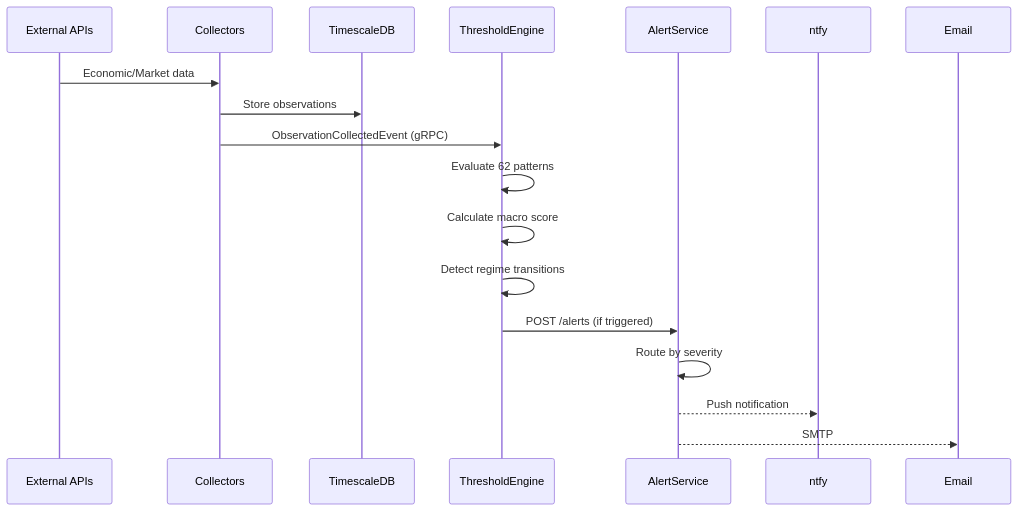
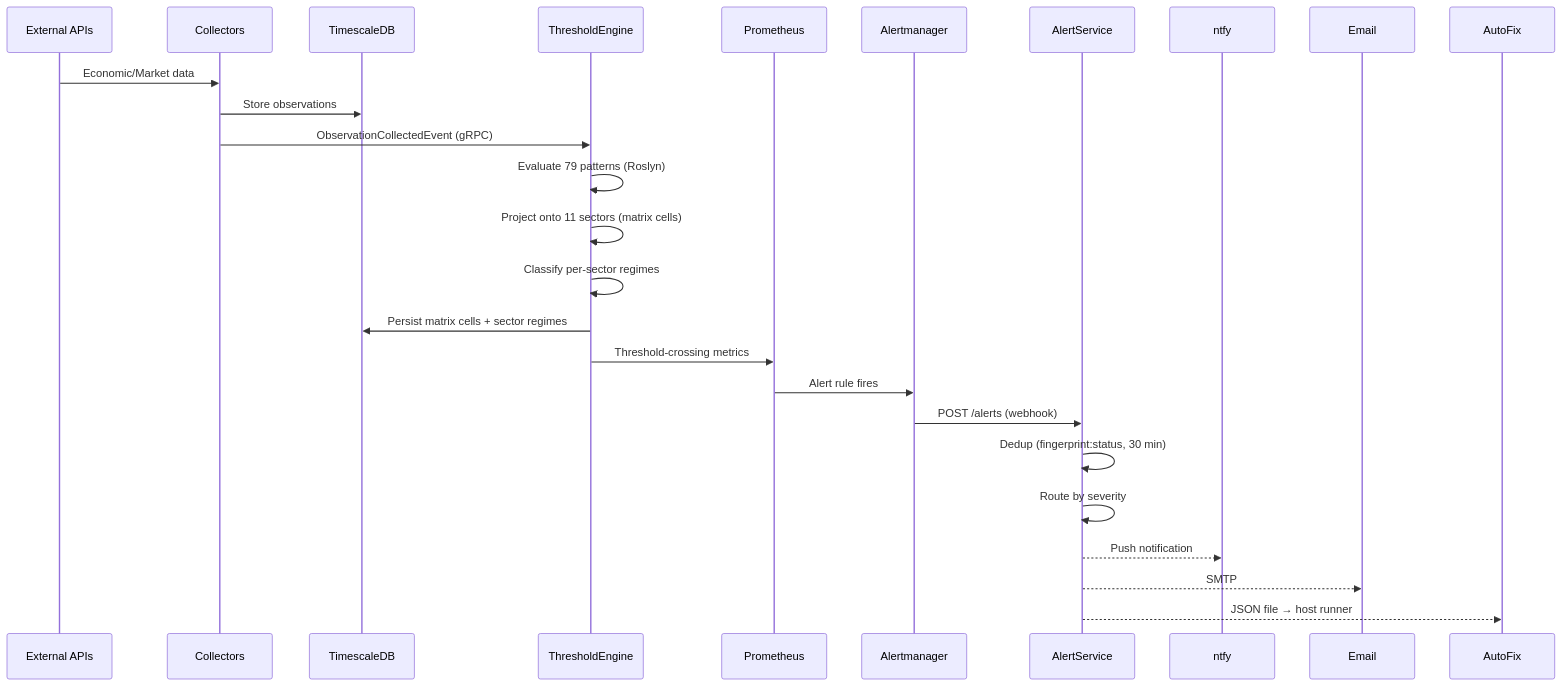
The second of 5 diagrams in docs/ARCHITECTURE.md (jpansarasa/ATLAS-Docs), drawn with Mermaid before and after one commit. The commit also changed other lines of this file, not shown here.

````diff
--- a/docs/ARCHITECTURE.md
+++ b/docs/ARCHITECTURE.md
@@ -153,19 +214,26 @@
 ```mermaid
 sequenceDiagram
     participant APIs as External APIs
     participant COL as Collectors
     participant DB as TimescaleDB
     participant TE as ThresholdEngine
+    participant PR as Prometheus
+    participant AM as Alertmanager
     participant AS as AlertService
 
     APIs->>COL: Economic/Market data
     COL->>DB: Store observations
     COL->>TE: ObservationCollectedEvent (gRPC)
-    TE->>TE: Evaluate 62 patterns
-    TE->>TE: Calculate macro score
-    TE->>TE: Detect regime transitions
-    TE->>AS: POST /alerts (if triggered)
+    TE->>TE: Evaluate 79 patterns (Roslyn)
+    TE->>TE: Project onto 11 sectors (matrix cells)
+    TE->>TE: Classify per-sector regimes
+    TE->>DB: Persist matrix cells + sector regimes
+    TE->>PR: Threshold-crossing metrics
+    PR->>AM: Alert rule fires
+    AM->>AS: POST /alerts (webhook)
+    AS->>AS: Dedup (fingerprint:status, 30 min)
     AS->>AS: Route by severity
     AS-->>ntfy: Push notification
     AS-->>Email: SMTP
+    AS-->>AutoFix: JSON file → host runner
 ```
````
